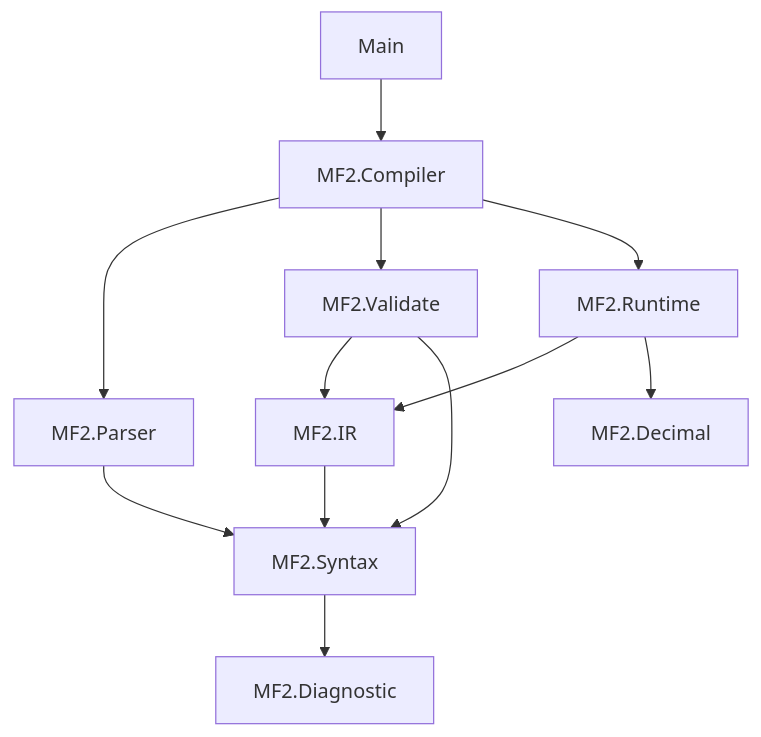
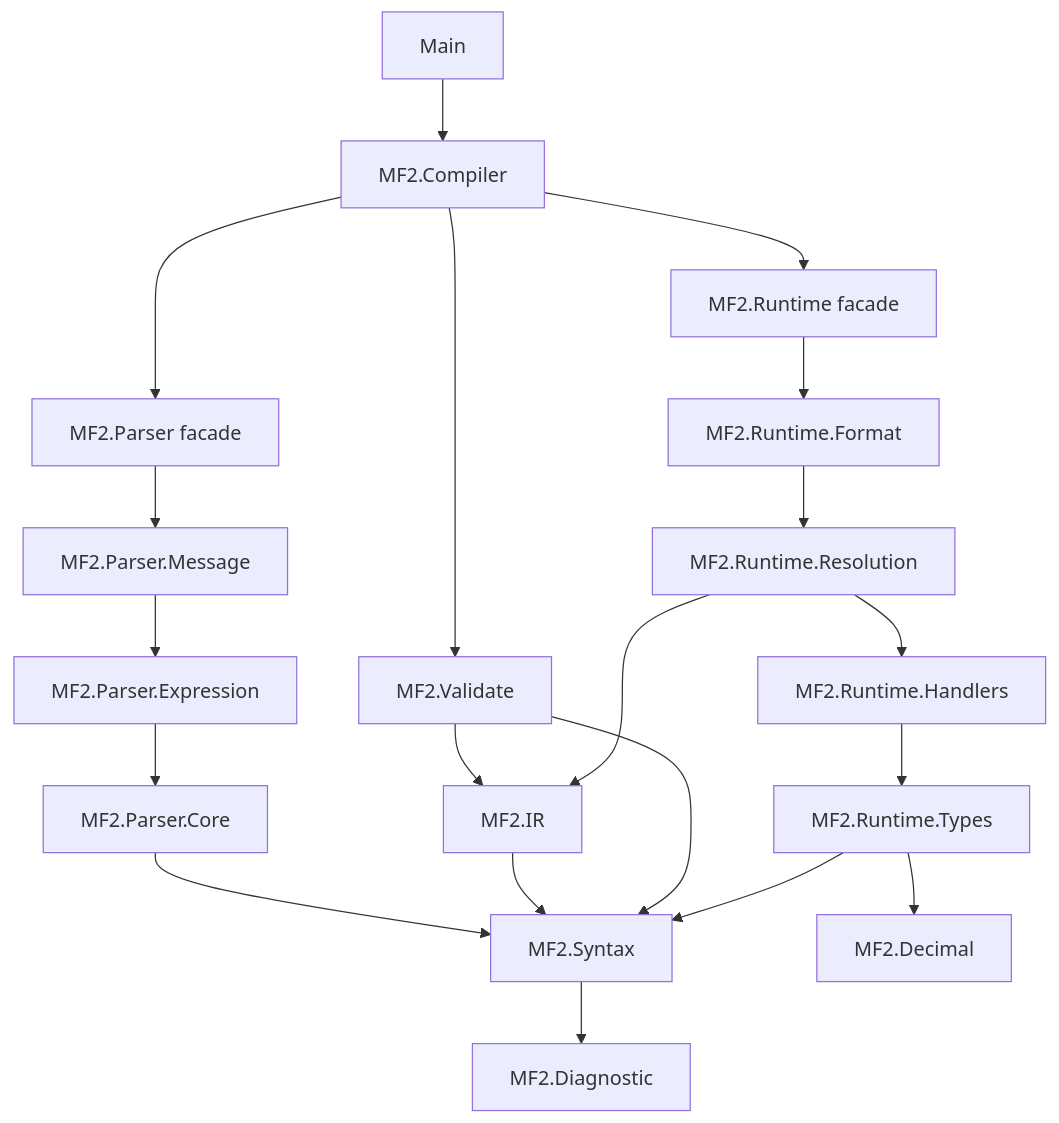
The diagram in docs/architecture.md (ubugeeei/learn-mf2), drawn with Mermaid before and after one commit. The commit also changed other lines of this file and 47 other files, not shown here.

````diff
--- a/docs/architecture.md
+++ b/docs/architecture.md
@@ -5,24 +5,39 @@
 ```mermaid
 flowchart TD
   diagnostic["MF2.Diagnostic"]
   syntax["MF2.Syntax"]
-  parser["MF2.Parser"]
+  parserCore["MF2.Parser.Core"]
+  parserExpr["MF2.Parser.Expression"]
+  parserMessage["MF2.Parser.Message"]
+  parser["MF2.Parser facade"]
   ir["MF2.IR"]
   validate["MF2.Validate"]
   decimal["MF2.Decimal"]
-  runtime["MF2.Runtime"]
+  runtimeTypes["MF2.Runtime.Types"]
+  runtimeHandlers["MF2.Runtime.Handlers"]
+  runtimeResolution["MF2.Runtime.Resolution"]
+  runtimeFormat["MF2.Runtime.Format"]
+  runtime["MF2.Runtime facade"]
   compiler["MF2.Compiler"]
   cli["Main"]
 
   syntax --> diagnostic
-  parser --> syntax
+  parserCore --> syntax
+  parserExpr --> parserCore
+  parserMessage --> parserExpr
+  parser --> parserMessage
   ir --> syntax
   validate --> ir
   validate --> syntax
-  runtime --> ir
-  runtime --> decimal
+  runtimeTypes --> decimal
+  runtimeTypes --> syntax
+  runtimeHandlers --> runtimeTypes
+  runtimeResolution --> runtimeHandlers
+  runtimeResolution --> ir
+  runtimeFormat --> runtimeResolution
+  runtime --> runtimeFormat
   compiler --> parser
   compiler --> validate
   compiler --> runtime
   cli --> compiler
 ```
````
